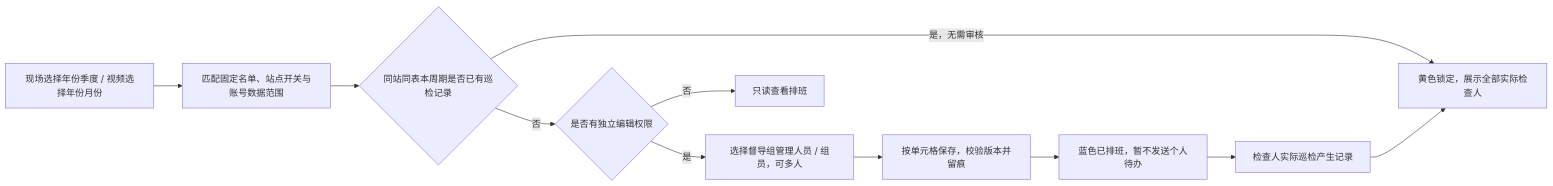
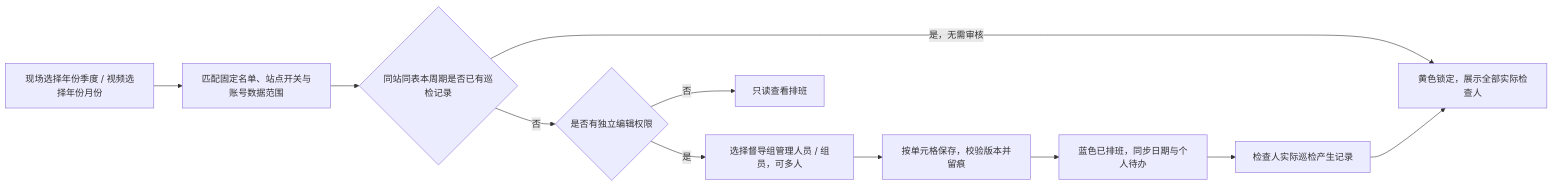
Before and after one commit to HanchengZuo/ywddzx-smart-platform: the ninth of 11 diagrams in README.md, drawn with Mermaid. The commit also changed other lines of this file and 31 other files, not shown here.

````diff
--- a/README.md
+++ b/README.md
@@ -552,13 +564,13 @@
 ```mermaid
 flowchart LR
     C[现场选择年份季度 / 视频选择年份月份] --> S[匹配固定名单、站点开关与账号数据范围]
     S --> DONE{同站同表本周期是否已有巡检记录}
     DONE -->|是，无需审核| FINISH[黄色锁定，展示全部实际检查人]
     DONE -->|否| AUTH{是否有独立编辑权限}
     AUTH -->|否| READ[只读查看排班]
     AUTH -->|是| A[选择督导组管理人员 / 组员，可多人]
     A --> SAVE[按单元格保存，校验版本并留痕]
-    SAVE --> BOARD[蓝色已排班，暂不发送个人待办]
+    SAVE --> BOARD[蓝色已排班，同步日期与个人待办]
     BOARD --> I[检查人实际巡检产生记录]
     I --> FINISH
 ```
````
